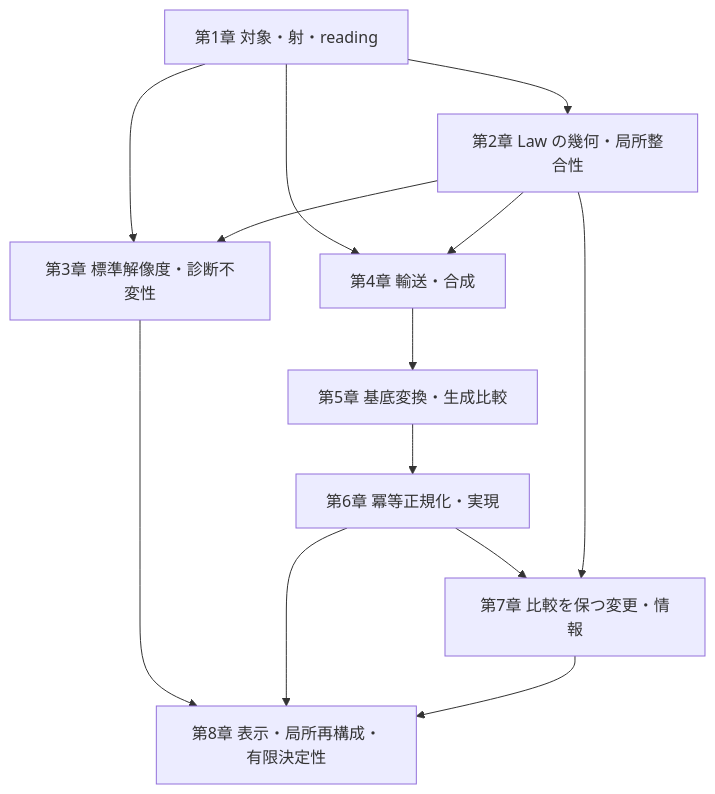
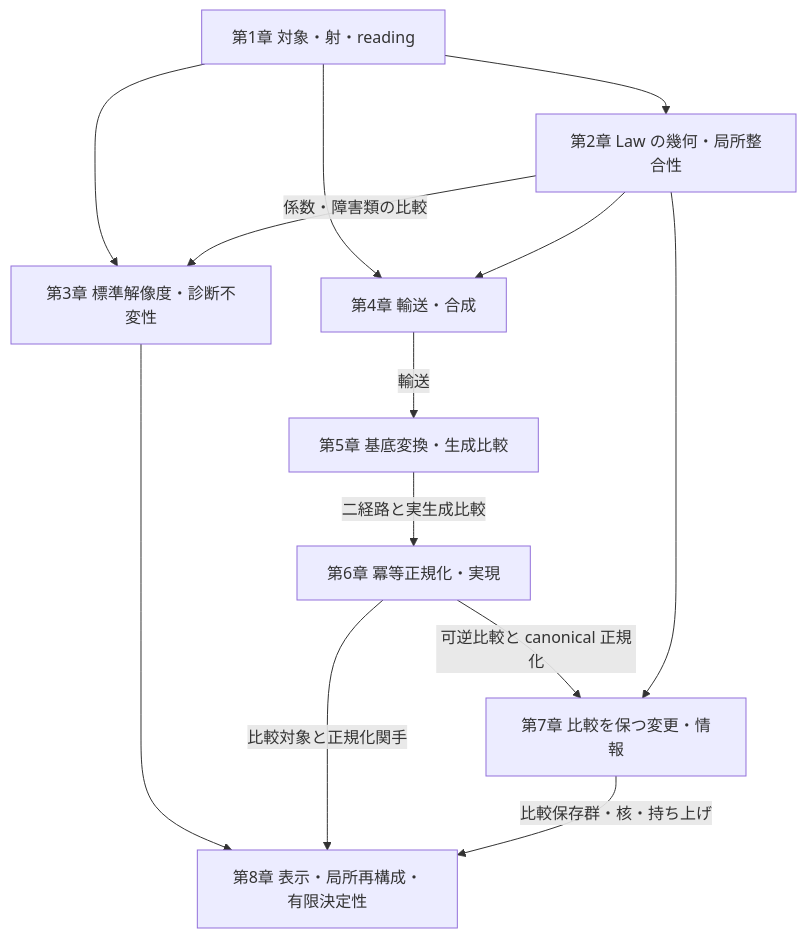
One commit to iroha1203/AlgebraicArchitectureTheoryV2 changed the diagram in outreach/paper/rising-sea/paper-structure.md. Above: the diagram before and after it, drawn with Mermaid. The commit also changed other lines of this file and 1 other file, not shown here.

````diff
--- a/outreach/paper/rising-sea/paper-structure.md
+++ b/outreach/paper/rising-sea/paper-structure.md
@@ -222,15 +253,15 @@
 ```mermaid
 flowchart TD
   C1["第1章 対象・射・reading"] --> C2["第2章 Law の幾何・局所整合性"]
   C1 --> C3["第3章 標準解像度・診断不変性"]
-  C2 --> C3
+  C2 -->|係数・障害類の比較| C3
   C1 --> C4["第4章 輸送・合成"]
   C2 --> C4
-  C4 --> C5["第5章 基底変換・生成比較"]
-  C5 --> C6["第6章 冪等正規化・実現"]
-  C6 --> C7["第7章 比較を保つ変更・情報"]
+  C4 -->|輸送| C5["第5章 基底変換・生成比較"]
+  C5 -->|二経路と実生成比較| C6["第6章 冪等正規化・実現"]
+  C6 -->|可逆比較と canonical 正規化| C7["第7章 比較を保つ変更・情報"]
   C2 --> C7
   C3 --> C8["第8章 表示・局所再構成・有限決定性"]
-  C6 --> C8
-  C7 --> C8
+  C6 -->|比較対象と正規化関手| C8
+  C7 -->|比較保存群・核・持ち上げ| C8
 ```
````
